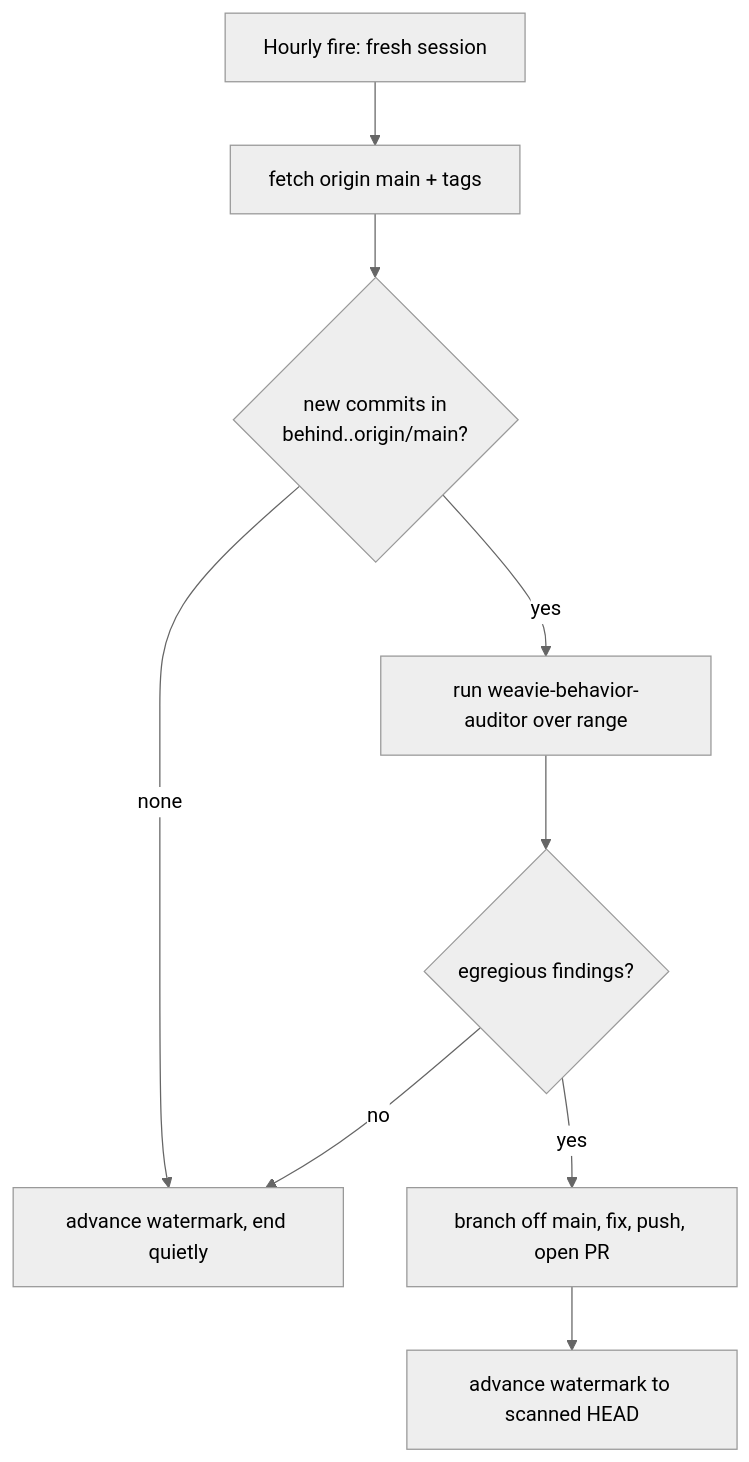
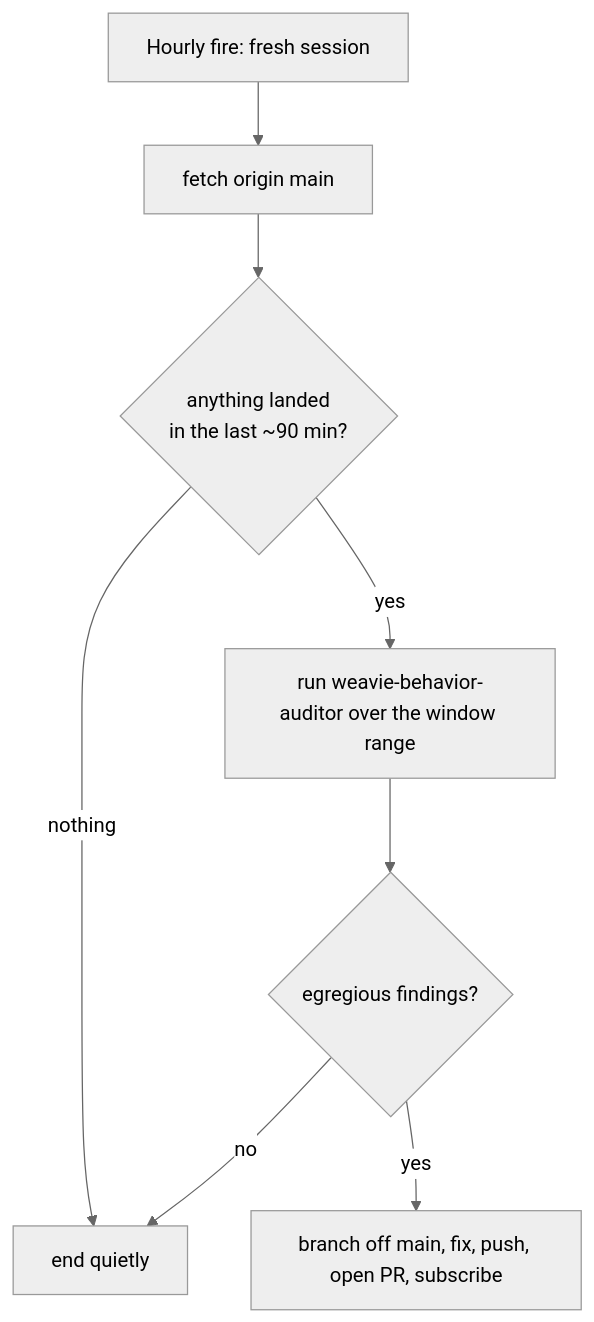
The diagram in docs/specs/behavior-audit-routine.md (Kapps/weavie), drawn with Mermaid (neutral theme) before and after one commit. The commit also changed other lines of this file and 1 other file, not shown here.

First line of the commit message:
Watermark the behavior audit by the clock, not a git tag

````diff
--- a/docs/specs/behavior-audit-routine.md
+++ b/docs/specs/behavior-audit-routine.md
@@ -24,11 +24,10 @@
 ```mermaid
 flowchart TD
-    A[Hourly fire: fresh session] --> B[fetch origin main + tags]
-    B --> C{new commits in<br/>behind..origin/main?}
-    C -- none --> Z[advance watermark, end quietly]
-    C -- yes --> D[run weavie-behavior-auditor over range]
+    A[Hourly fire: fresh session] --> B[fetch origin main]
+    B --> C{anything landed<br/>in the last ~90 min?}
+    C -- nothing --> Z[end quietly]
+    C -- yes --> D[run weavie-behavior-auditor over the window range]
     D --> E{egregious findings?}
     E -- no --> Z
-    E -- yes --> F[branch off main, fix, push, open PR]
-    F --> G[advance watermark to scanned HEAD]
+    E -- yes --> F[branch off main, fix, push, open PR, subscribe]
 ```
````
